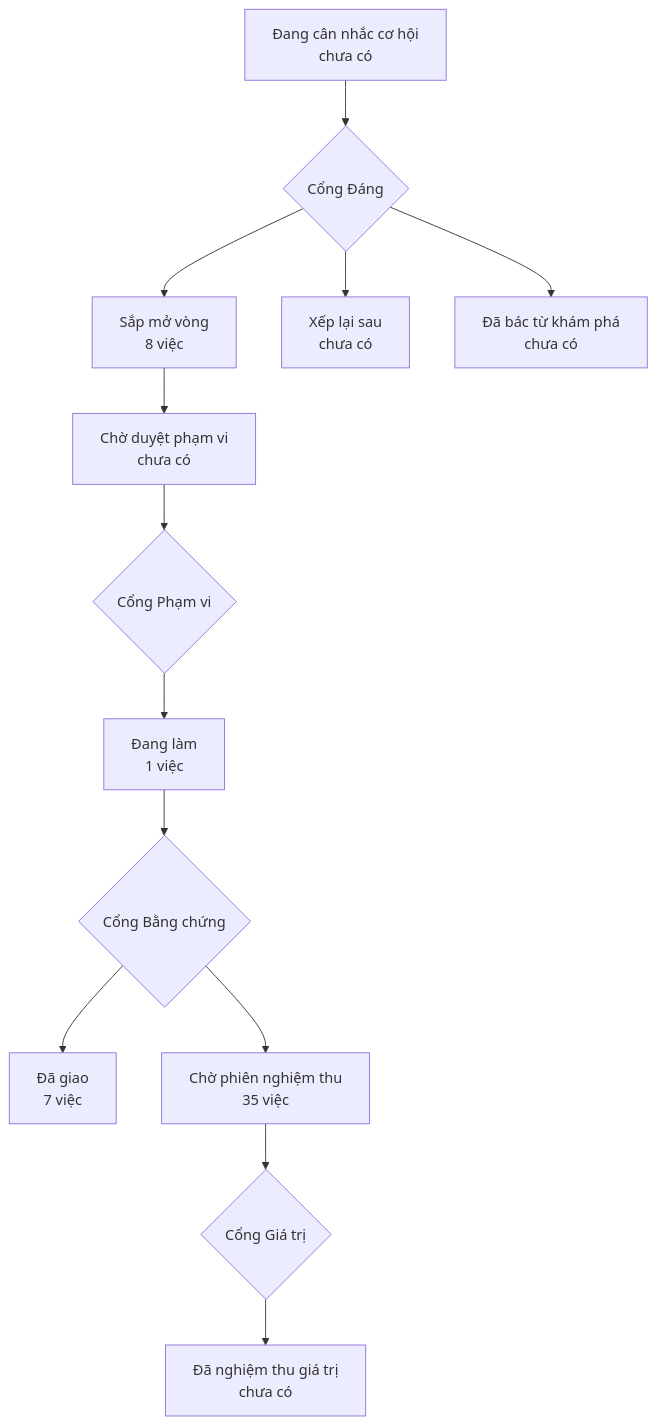
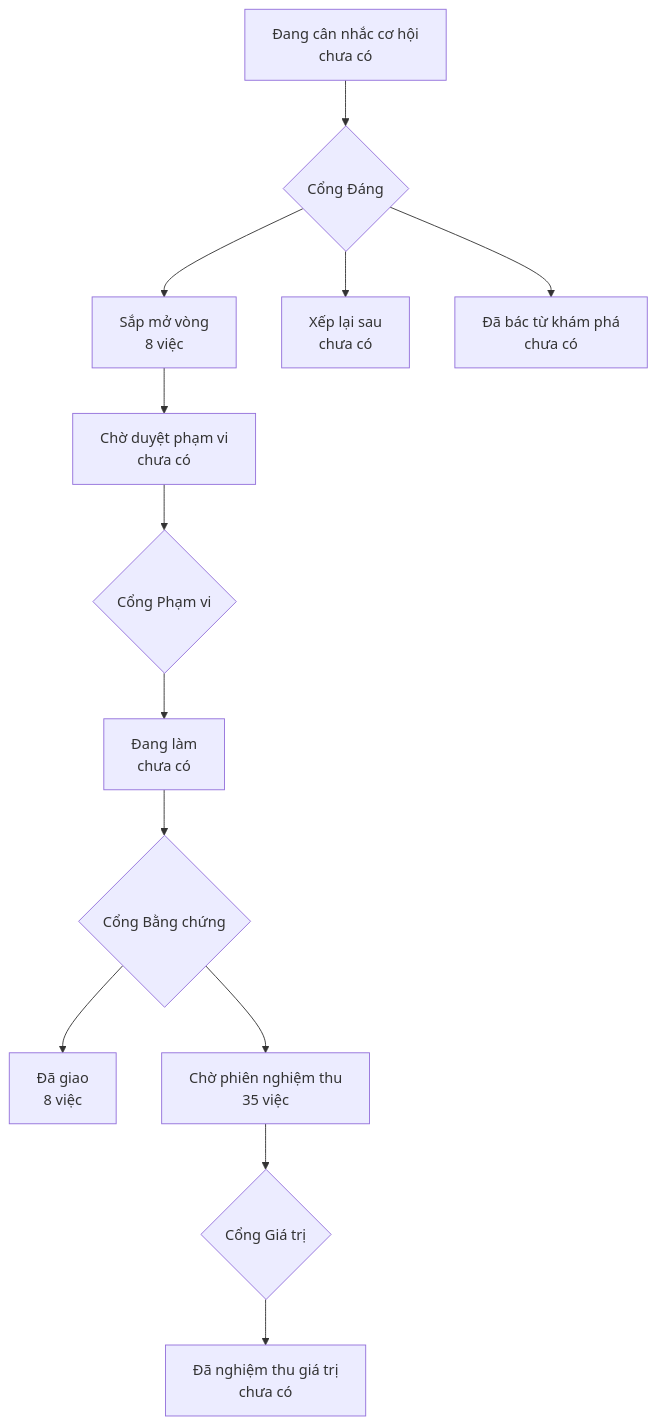
Before and after one commit to phanlemanh/onehub-quy-hang: the diagram in PRODUCT-MAP.md, drawn with Mermaid. The commit also changed other lines of this file and 5 other files, not shown here.

````diff
--- a/PRODUCT-MAP.md
+++ b/PRODUCT-MAP.md
@@ -7,12 +7,12 @@
 ```mermaid
 flowchart TD
   A["Đang cân nhắc cơ hội<br/>chưa có"] --> GD{"Cổng Đáng"}
   GD --> B["Sắp mở vòng<br/>8 việc"]
   GD --> XL["Xếp lại sau<br/>chưa có"]
   GD --> DB["Đã bác từ khám phá<br/>chưa có"]
   B --> CD["Chờ duyệt phạm vi<br/>chưa có"] --> GP{"Cổng Phạm vi"}
-  GP --> DL["Đang làm<br/>1 việc"] --> GB{"Cổng Bằng chứng"}
-  GB --> DG["Đã giao<br/>7 việc"]
+  GP --> DL["Đang làm<br/>chưa có"] --> GB{"Cổng Bằng chứng"}
+  GB --> DG["Đã giao<br/>8 việc"]
   GB --> CN["Chờ phiên nghiệm thu<br/>35 việc"] --> GG{"Cổng Giá trị"}
   GG --> NT["Đã nghiệm thu giá trị<br/>chưa có"]
 ```
````
